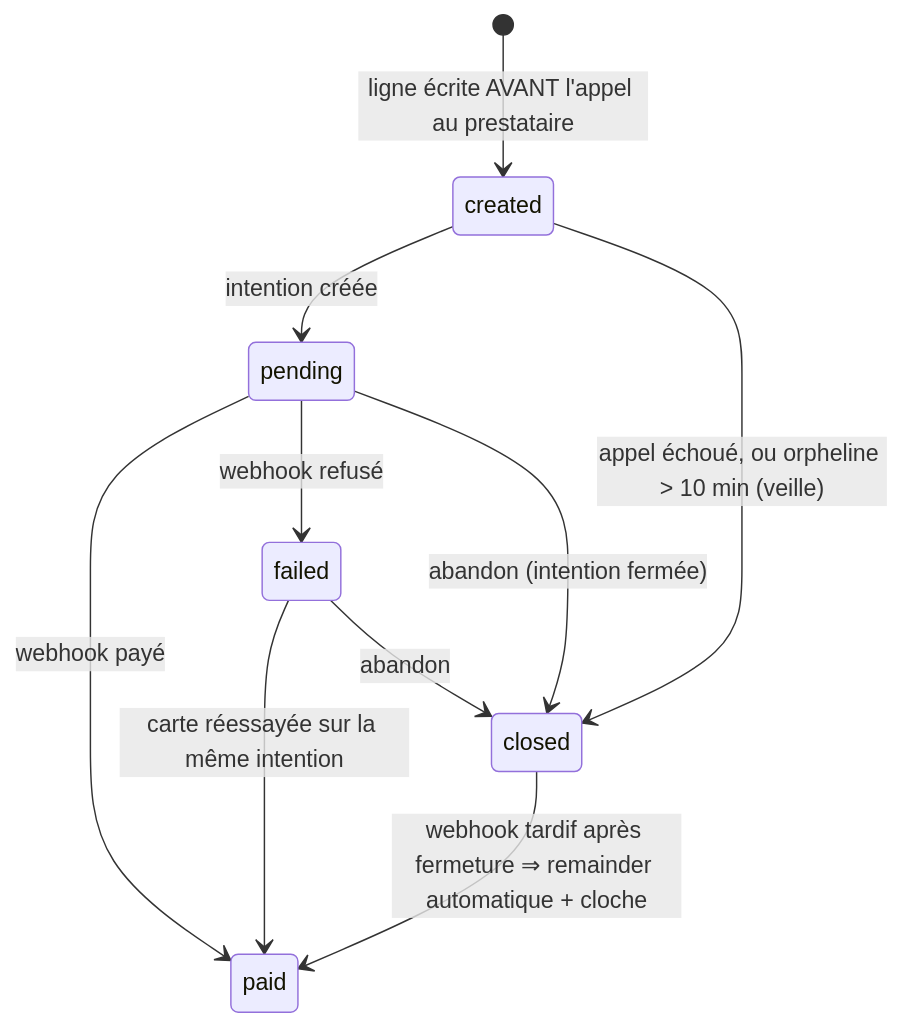
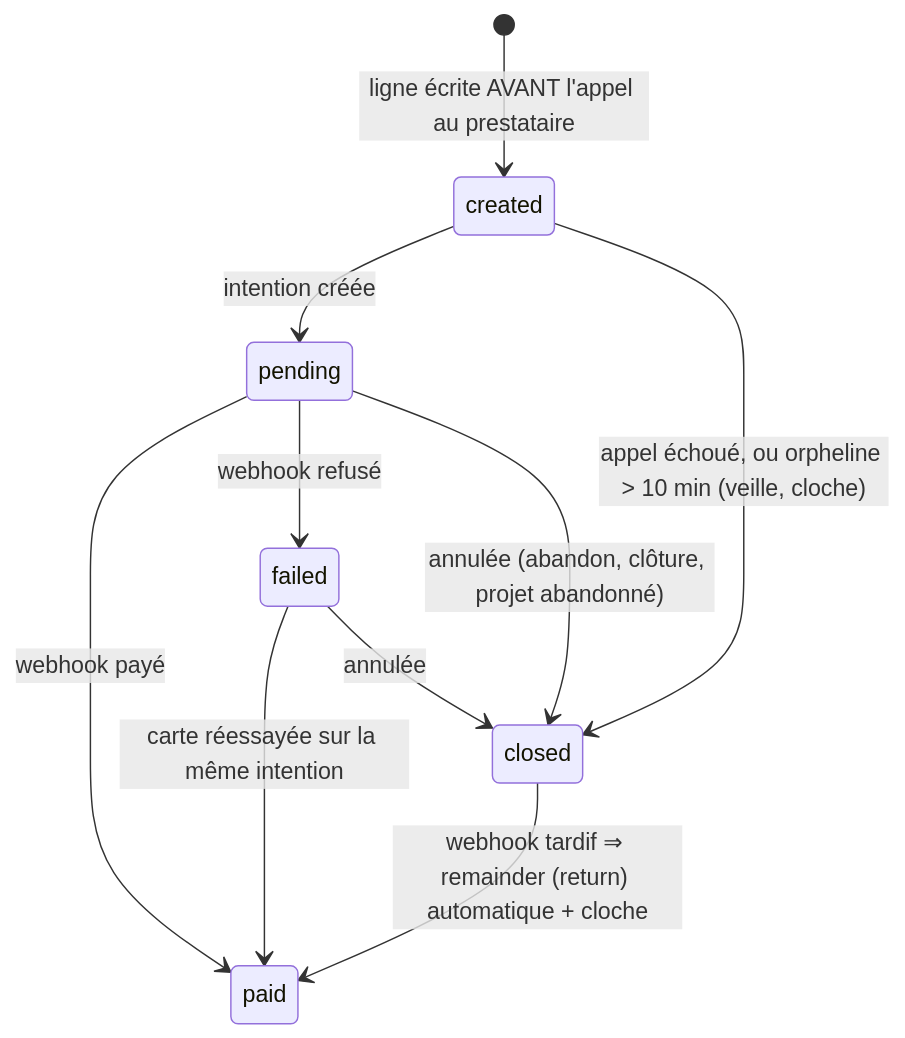
The second of 4 diagrams in documentation/commandes/modification/plan-m2-historique-de-transactions.md (hugoheynard/lfd), drawn with Mermaid before and after one commit. The commit also changed other lines of this file, not shown here.

````diff
--- a/documentation/commandes/modification/plan-m2-historique-de-transactions.md
+++ b/documentation/commandes/modification/plan-m2-historique-de-transactions.md
@@ -133,12 +129,12 @@
 ```mermaid
 stateDiagram-v2
   [*] --> created : ligne écrite AVANT l'appel au prestataire
   created --> pending : intention créée
-  created --> closed : appel échoué, ou orpheline > 10 min (veille)
+  created --> closed : appel échoué, ou orpheline > 10 min (veille, cloche)
   pending --> paid : webhook payé
   pending --> failed : webhook refusé
   failed --> paid : carte réessayée sur la même intention
-  pending --> closed : abandon (intention fermée)
-  failed --> closed : abandon
-  closed --> paid : webhook tardif après fermeture ⇒ remainder automatique + cloche
+  pending --> closed : annulée (abandon, clôture, projet abandonné)
+  failed --> closed : annulée
+  closed --> paid : webhook tardif ⇒ remainder (return) automatique + cloche
 ```
````
